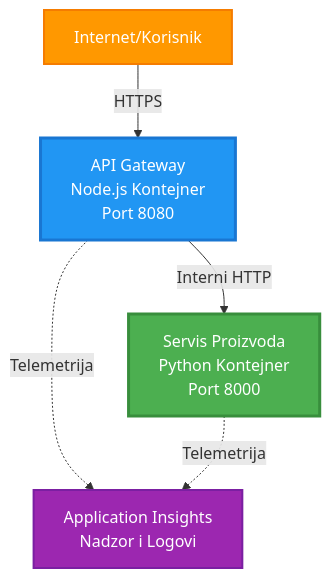
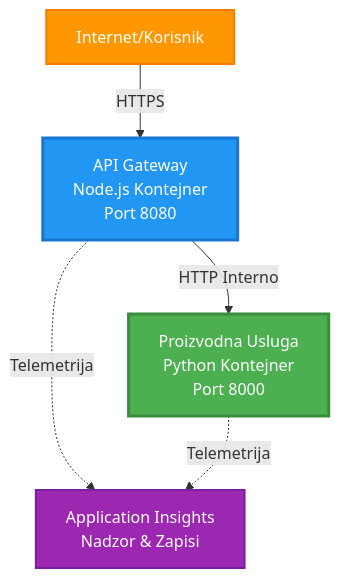
The first of 4 diagrams in translations/hr/examples/microservices/README.md (microsoft/AZD-for-beginners), drawn with Mermaid before and after one commit. The commit also changed other lines of this file and 242 other files, not shown here.

````diff
--- a/translations/hr/examples/microservices/README.md
+++ b/translations/hr/examples/microservices/README.md
@@ -40,17 +31,17 @@
 ```mermaid
 graph TB
     Internet[Internet/Korisnik]
     Gateway[API Gateway<br/>Node.js Kontejner<br/>Port 8080]
-    Product[Servis Proizvoda<br/>Python Kontejner<br/>Port 8000]
-    AppInsights[Application Insights<br/>Nadzor i Logovi]
+    Product[Proizvodna Usluga<br/>Python Kontejner<br/>Port 8000]
+    AppInsights[Application Insights<br/>Nadzor & Zapisi]
     
     Internet -->|HTTPS| Gateway
-    Gateway -->|Interni HTTP| Product
+    Gateway -->|HTTP Interno| Product
     Gateway -.->|Telemetrija| AppInsights
     Product -.->|Telemetrija| AppInsights
     
     style Gateway fill:#2196F3,stroke:#1976D2,stroke-width:3px,color:#fff
     style Product fill:#4CAF50,stroke:#388E3C,stroke-width:3px,color:#fff
     style Internet fill:#FF9800,stroke:#F57C00,stroke-width:2px,color:#fff
     style AppInsights fill:#9C27B0,stroke:#7B1FA2,stroke-width:2px,color:#fff
 ```
````
